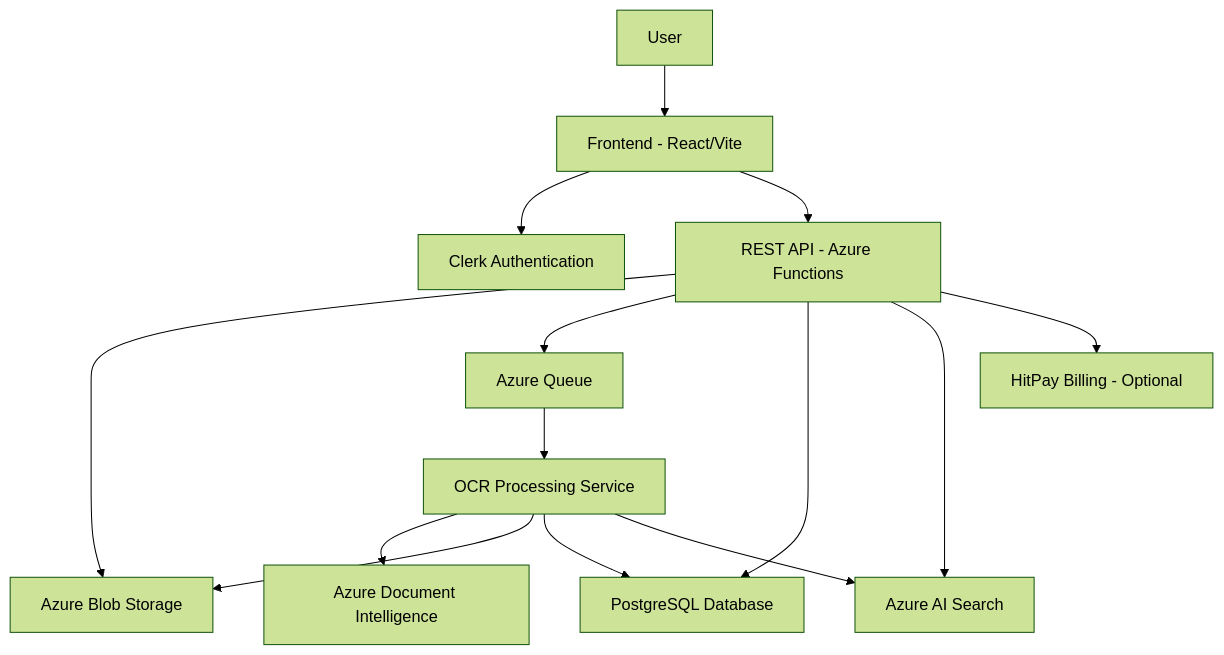
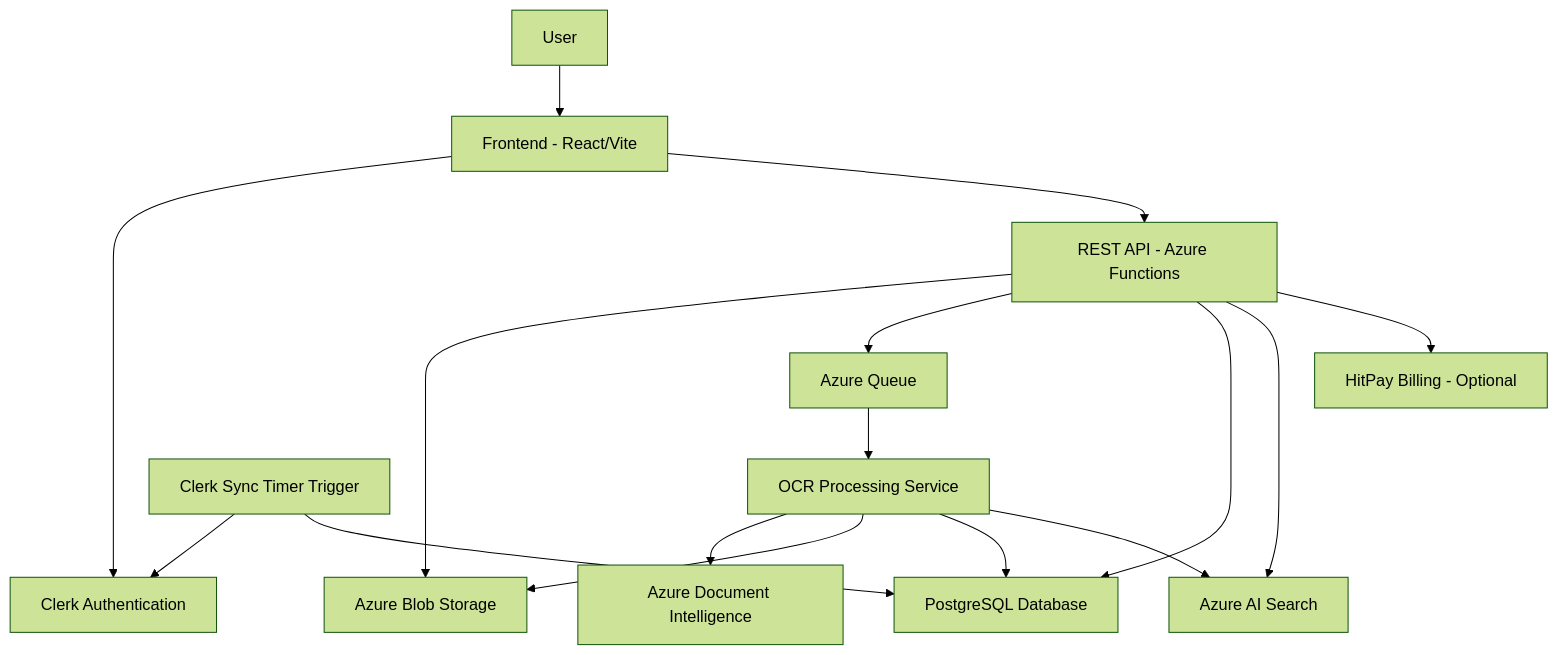
One commit to nghiadt22-pl/ocrlab changed the first of 4 diagrams in .ai/arch.md. Above: the diagram before and after it, drawn with Mermaid (forest theme). The commit also changed other lines of this file and 12 other files, not shown here.

Commit message:
15s sync with Clerk

````diff
--- a/.ai/arch.md
+++ b/.ai/arch.md
@@ -13,16 +13,18 @@
 ```mermaid
 graph TD
     User[User] --> FE[Frontend - React/Vite]
     FE --> Auth[Clerk Authentication]
     FE --> API[REST API - Azure Functions]
     API --> BlobStorage[Azure Blob Storage]
     API --> Queue[Azure Queue]
     API --> DB[PostgreSQL Database]
     API --> VectorDB[Azure AI Search]
     Queue --> OCRService[OCR Processing Service]
     OCRService --> DocIntelligence[Azure Document Intelligence]
     OCRService --> BlobStorage
     OCRService --> DB
     OCRService --> VectorDB
     API --> Billing[HitPay Billing - Optional]
+    ClerkSync[Clerk Sync Timer Trigger] --> Auth
+    ClerkSync --> DB
 ```
````
